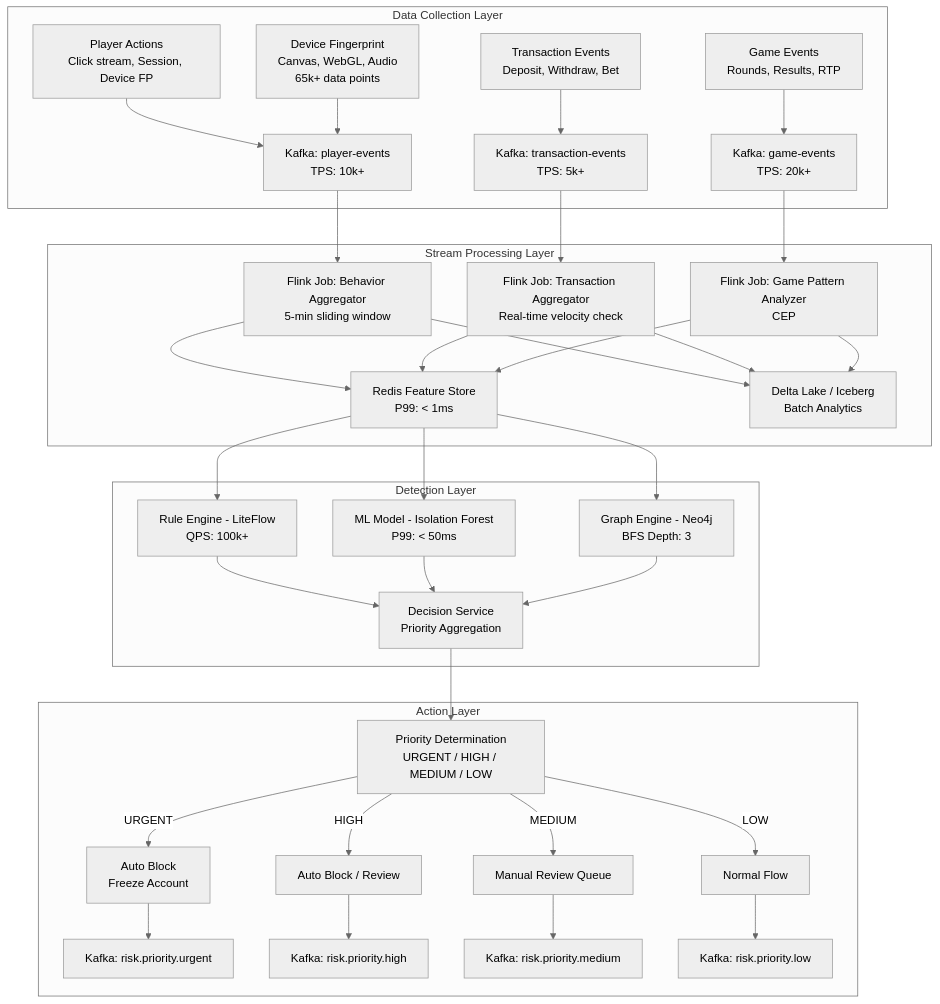
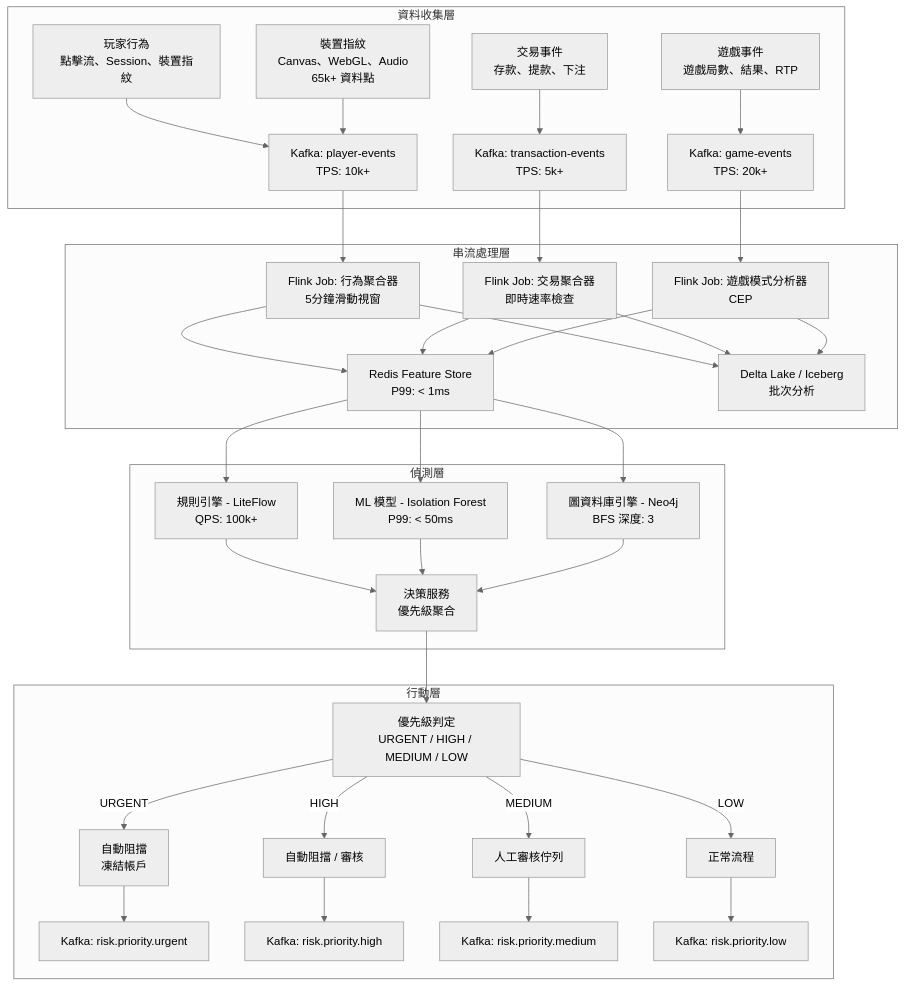
Before and after one commit to ron03wlb/smart-admin: the first of 2 diagrams in docs/iGaming/architecture/05_Risk_Engine/Risk_System_Architecture.md, drawn with Mermaid (neutral theme). The commit also changed other lines of this file and 4 other files, not shown here.

First line of the commit message:
docs(iGaming): translate Batch 23 — Risk Engine (3) + Platform Core (2)

````diff
--- a/docs/iGaming/architecture/05_Risk_Engine/Risk_System_Architecture.md
+++ b/docs/iGaming/architecture/05_Risk_Engine/Risk_System_Architecture.md
@@ -22,47 +22,47 @@
 ```mermaid
 graph TB
-    subgraph "Data Collection Layer"
-        A1["Player Actions<br/>Click stream, Session, Device FP"] --> K1["Kafka: player-events<br/>TPS: 10k+"]
-        A2["Transaction Events<br/>Deposit, Withdraw, Bet"] --> K2["Kafka: transaction-events<br/>TPS: 5k+"]
-        A3["Game Events<br/>Rounds, Results, RTP"] --> K3["Kafka: game-events<br/>TPS: 20k+"]
-        A4["Device Fingerprint<br/>Canvas, WebGL, Audio<br/>65k+ data points"] --> K1
+    subgraph "資料收集層"
+        A1["玩家行為<br/>點擊流、Session、裝置指紋"] --> K1["Kafka: player-events<br/>TPS: 10k+"]
+        A2["交易事件<br/>存款、提款、下注"] --> K2["Kafka: transaction-events<br/>TPS: 5k+"]
+        A3["遊戲事件<br/>遊戲局數、結果、RTP"] --> K3["Kafka: game-events<br/>TPS: 20k+"]
+        A4["裝置指紋<br/>Canvas、WebGL、Audio<br/>65k+ 資料點"] --> K1
     end
 
-    subgraph "Stream Processing Layer"
-        K1 --> F1["Flink Job: Behavior Aggregator<br/>5-min sliding window"]
-        K2 --> F2["Flink Job: Transaction Aggregator<br/>Real-time velocity check"]
-        K3 --> F3["Flink Job: Game Pattern Analyzer<br/>CEP"]
+    subgraph "串流處理層"
+        K1 --> F1["Flink Job: 行為聚合器<br/>5分鐘滑動視窗"]
+        K2 --> F2["Flink Job: 交易聚合器<br/>即時速率檢查"]
+        K3 --> F3["Flink Job: 遊戲模式分析器<br/>CEP"]
 
         F1 --> R1["Redis Feature Store<br/>P99: < 1ms"]
         F2 --> R1
         F3 --> R1
 
-        F1 --> DL["Delta Lake / Iceberg<br/>Batch Analytics"]
+        F1 --> DL["Delta Lake / Iceberg<br/>批次分析"]
         F2 --> DL
         F3 --> DL
     end
 
-    subgraph "Detection Layer"
-        R1 --> E1["Rule Engine - LiteFlow<br/>QPS: 100k+"]
-        R1 --> E2["ML Model - Isolation Forest<br/>P99: < 50ms"]
-        R1 --> E3["Graph Engine - Neo4j<br/>BFS Depth: 3"]
+    subgraph "偵測層"
+        R1 --> E1["規則引擎 - LiteFlow<br/>QPS: 100k+"]
+        R1 --> E2["ML 模型 - Isolation Forest<br/>P99: < 50ms"]
+        R1 --> E3["圖資料庫引擎 - Neo4j<br/>BFS 深度: 3"]
 
-        E1 --> D["Decision Service<br/>Priority Aggregation"]
+        E1 --> D["決策服務<br/>優先級聚合"]
         E2 --> D
         E3 --> D
     end
 
-    subgraph "Action Layer"
-        D --> PRIORITY["Priority Determination<br/>URGENT / HIGH / MEDIUM / LOW"]
+    subgraph "行動層"
+        D --> PRIORITY["優先級判定<br/>URGENT / HIGH / MEDIUM / LOW"]
 
-        PRIORITY -->|URGENT| AC1["Auto Block<br/>Freeze Account"]
-        PRIORITY -->|HIGH| AC2["Auto Block / Review"]
-        PRIORITY -->|MEDIUM| AC3["Manual Review Queue"]
-        PRIORITY -->|LOW| AC4["Normal Flow"]
+        PRIORITY -->|URGENT| AC1["自動阻擋<br/>凍結帳戶"]
+        PRIORITY -->|HIGH| AC2["自動阻擋 / 審核"]
+        PRIORITY -->|MEDIUM| AC3["人工審核佇列"]
+        PRIORITY -->|LOW| AC4["正常流程"]
 
         AC1 --> MQ1[Kafka: risk.priority.urgent]
         AC2 --> MQ2[Kafka: risk.priority.high]
         AC3 --> MQ3[Kafka: risk.priority.medium]
         AC4 --> MQ4[Kafka: risk.priority.low]
     end
 ```
````
